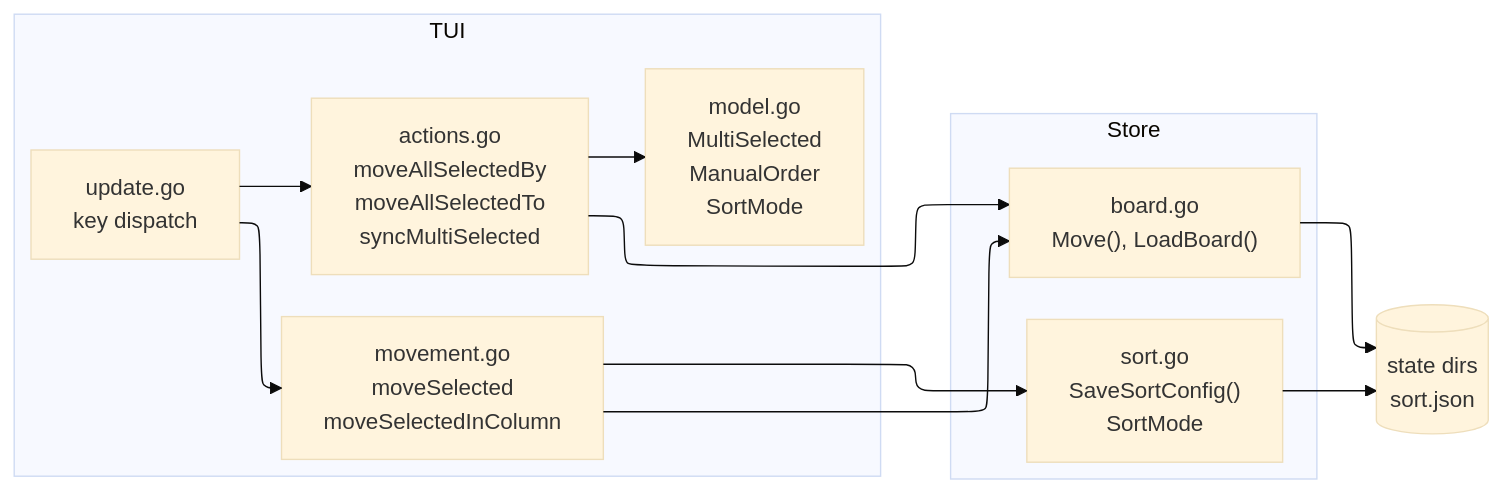
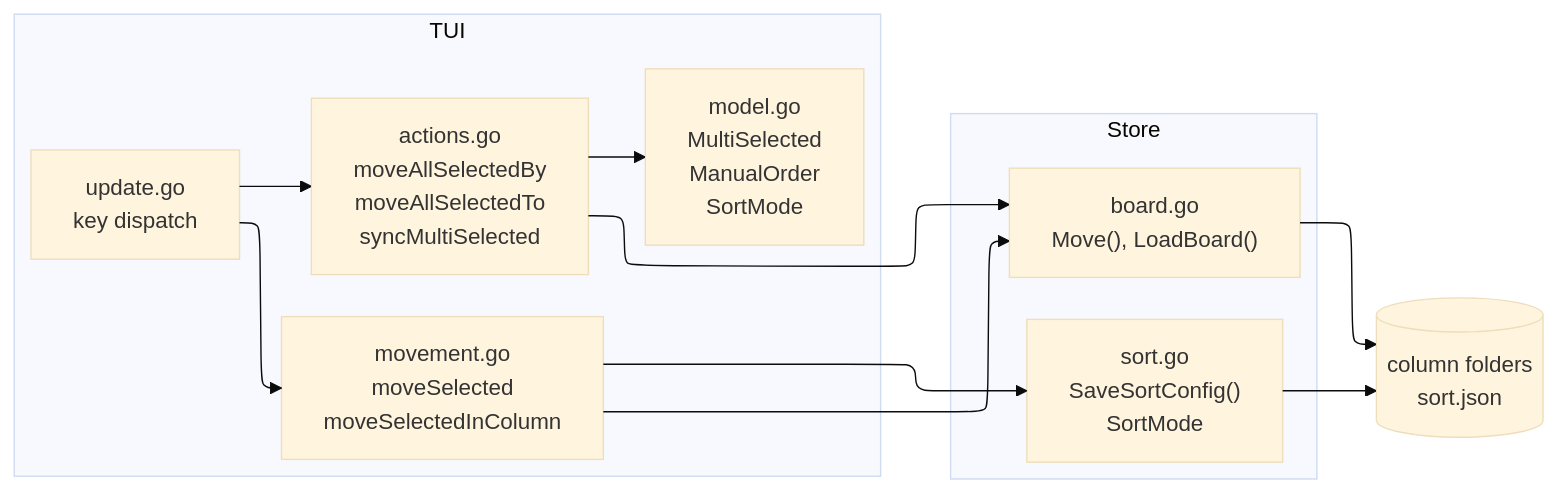
Before and after one commit to dawidsok/tickcats: the second of 3 diagrams in docs/flows/move-ticket.md, drawn with Mermaid (base theme). The commit also changed other lines of this file and 29 other files, not shown here.

````diff
--- a/docs/flows/move-ticket.md
+++ b/docs/flows/move-ticket.md
@@ -45,26 +45,26 @@
 ```mermaid
 %%{init: {"flowchart": {"defaultRenderer": "elk"}} }%%
 graph LR
     subgraph TUI
         Update["update.go\nkey dispatch"]
         Actions["actions.go\nmoveAllSelectedBy\nmoveAllSelectedTo\nsyncMultiSelected"]
         Movement["movement.go\nmoveSelected\nmoveSelectedInColumn"]
         Model["model.go\nMultiSelected\nManualOrder\nSortMode"]
     end
 
     subgraph Store
         Board["board.go\nMove(), LoadBoard()"]
         Sort["sort.go\nSaveSortConfig()\nSortMode"]
     end
 
-    FS[("state dirs\nsort.json")]
+    FS[("column folders\nsort.json")]
 
     Update --> Actions
     Update --> Movement
     Actions --> Board
     Actions --> Model
     Movement --> Board
     Movement --> Sort
     Sort --> FS
     Board --> FS
 ```
````
